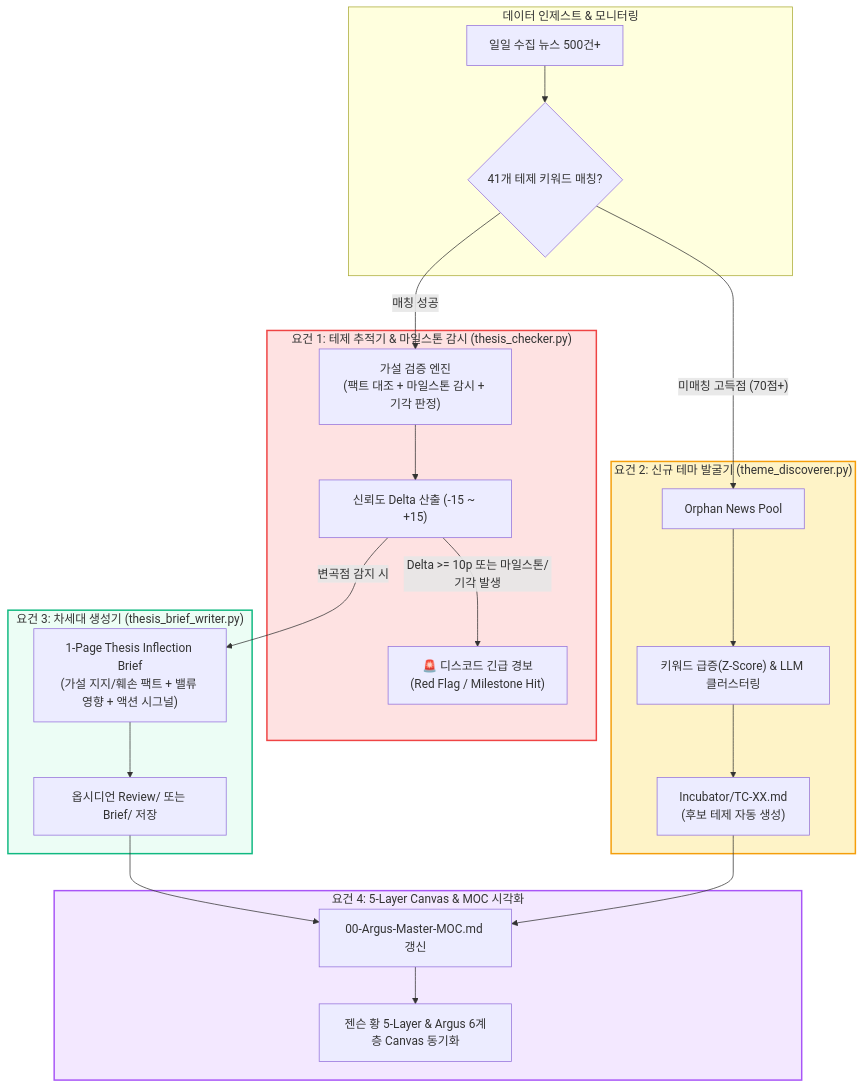
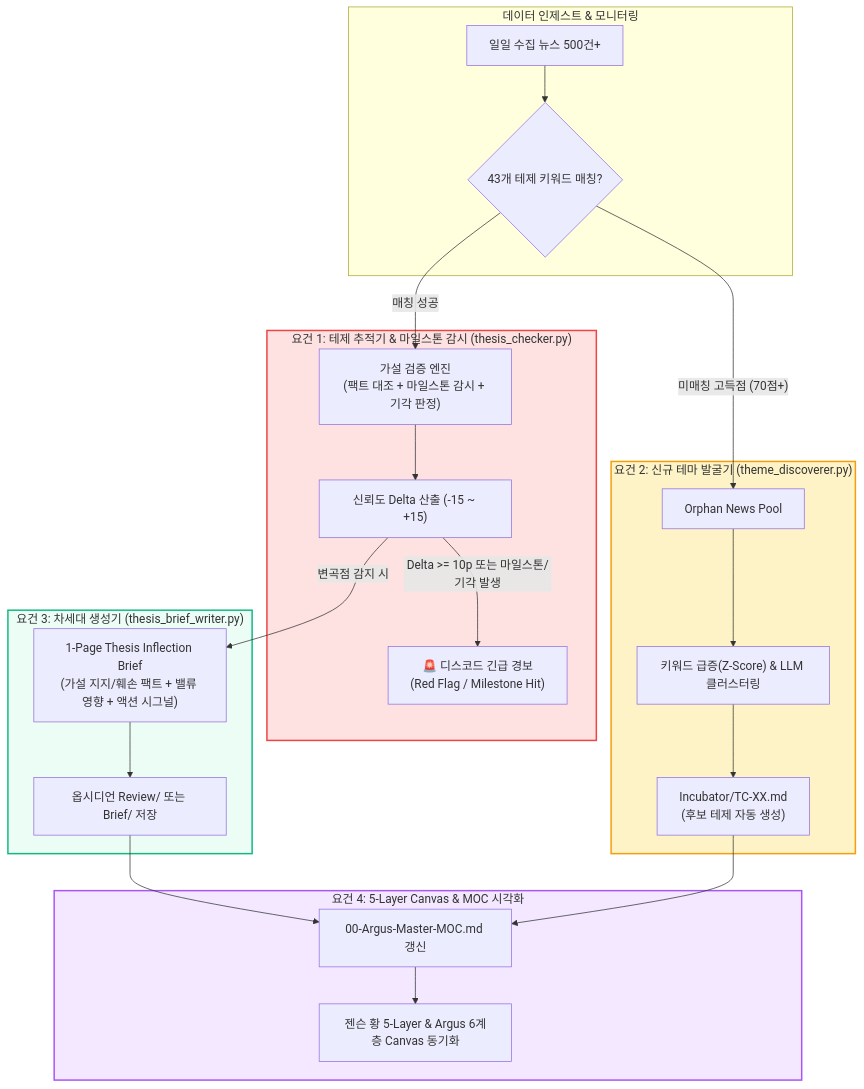
One commit to zoofighter/b_0901_Argus_pulse changed the diagram in docs/2026-09-07-argus-pulse-v2-detailed-requirements-specification.md. Above: the diagram before and after it, drawn with Mermaid. The commit also changed other lines of this file and 1 other file, not shown here.

````diff
--- a/docs/2026-09-07-argus-pulse-v2-detailed-requirements-specification.md
+++ b/docs/2026-09-07-argus-pulse-v2-detailed-requirements-specification.md
@@ -24,34 +24,34 @@
 ```mermaid
 flowchart TD
     subgraph INGEST ["데이터 인제스트 & 모니터링"]
-        NEWS[일일 수집 뉴스 500건+] --> DISPATCH{41개 테제 키워드 매칭?}
+        NEWS[일일 수집 뉴스 500건+] --> DISPATCH{43개 테제 키워드 매칭?}
     end
 
     subgraph REQ1 ["요건 1: 테제 추적기 & 마일스톤 감시 (thesis_checker.py)"]
         DISPATCH -- 매칭 성공 --> TC_ENGINE["가설 검증 엔진<br/>(팩트 대조 + 마일스톤 감시 + 기각 판정)"]
         TC_ENGINE --> CONF_DELTA["신뢰도 Delta 산출 (-15 ~ +15)"]
         CONF_DELTA -- Delta >= 10p 또는 마일스톤/기각 발생 --> DISCORD_ALERT["🚨 디스코드 긴급 경보<br/>(Red Flag / Milestone Hit)"]
     end
 
     subgraph REQ2 ["요건 2: 신규 테마 발굴기 (theme_discoverer.py)"]
         DISPATCH -- 미매칭 고득점 (70점+) --> ORPHAN_POOL["Orphan News Pool"]
         ORPHAN_POOL --> CLUSTER_ENGINE["키워드 급증(Z-Score) & LLM 클러스터링"]
         CLUSTER_ENGINE --> INCUBATOR["Incubator/TC-XX.md<br/>(후보 테제 자동 생성)"]
     end
 
     subgraph REQ3 ["요건 3: 차세대 생성기 (thesis_brief_writer.py)"]
         CONF_DELTA -- 변곡점 감지 시 --> BRIEF_GEN["1-Page Thesis Inflection Brief<br/>(가설 지지/훼손 팩트 + 밸류 영향 + 액션 시그널)"]
         BRIEF_GEN --> OBS_BRIEF["옵시디언 Review/ 또는 Brief/ 저장"]
     end
 
     subgraph REQ4 ["요건 4: 5-Layer Canvas & MOC 시각화"]
         OBS_BRIEF --> MOC_SYNC["00-Argus-Master-MOC.md 갱신"]
         INCUBATOR --> MOC_SYNC
         MOC_SYNC --> CANVAS["젠슨 황 5-Layer & Argus 6계층 Canvas 동기화"]
     end
 
     style REQ1 fill:#fee2e2,stroke:#ef4444,stroke-width:2px
     style REQ2 fill:#fef3c7,stroke:#f59e0b,stroke-width:2px
     style REQ3 fill:#ecfdf5,stroke:#10b981,stroke-width:2px
     style REQ4 fill:#f3e8ff,stroke:#a855f7,stroke-width:2px
 ```
````
